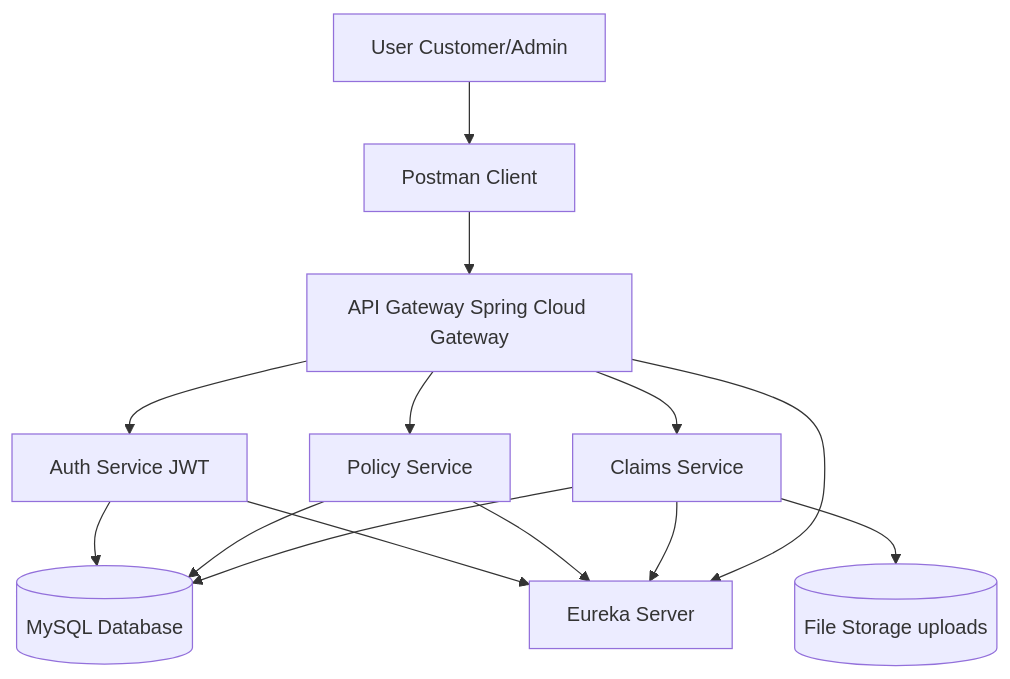
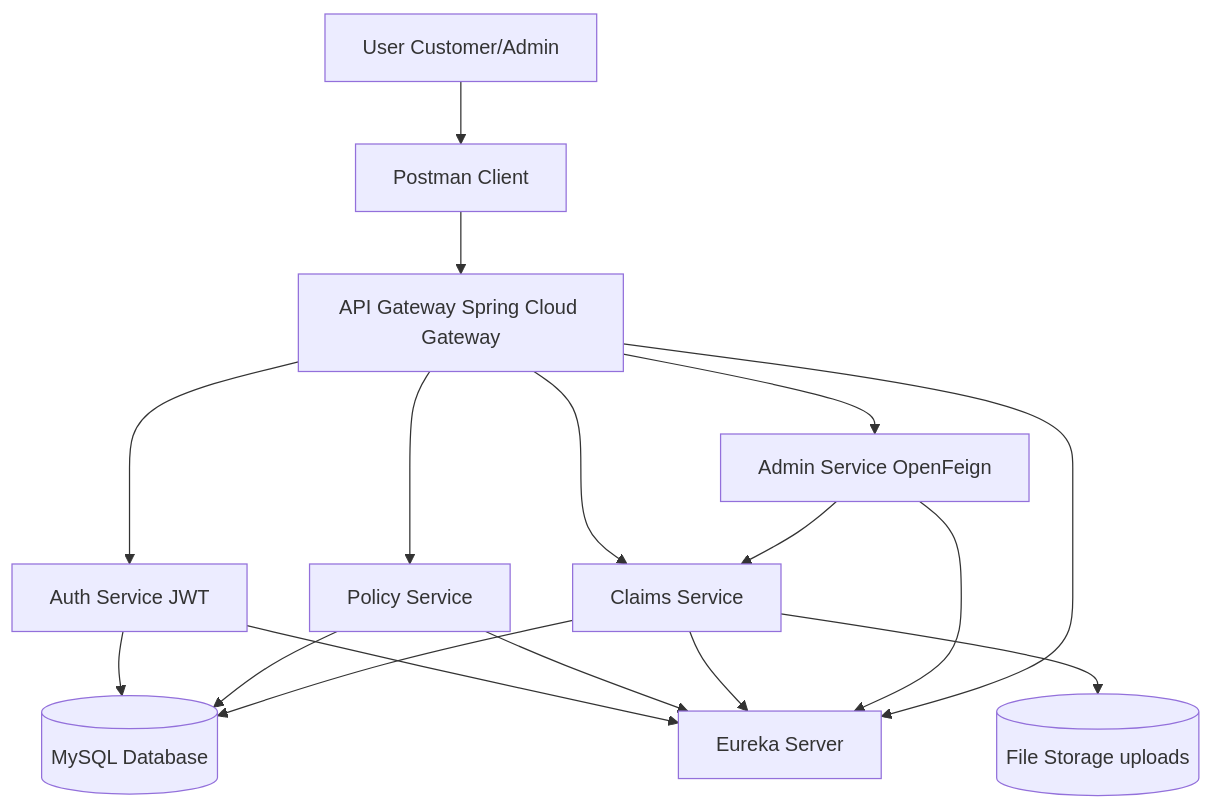
One commit to PritishSingh13/smart-sure-insurance changed the first of 4 diagrams in README.md. Above: the diagram before and after it, drawn with Mermaid. The commit also changed other lines of this file, not shown here.

````diff
--- a/README.md
+++ b/README.md
@@ -47,35 +42,40 @@
 ```mermaid
 graph TD
 
 U[User Customer/Admin]
 P[Postman Client]
 
 G[API Gateway Spring Cloud Gateway]
 
 A[Auth Service JWT]
 S[Policy Service]
 C[Claims Service]
+AD[Admin Service OpenFeign]
 
 E[Eureka Server]
 
 DB[(MySQL Database)]
 FS[(File Storage uploads)]
 
 U --> P
 P --> G
 
 G --> A
 G --> S
 G --> C
+G --> AD
+
+AD --> C
 
 A --> DB
 S --> DB
 C --> DB
 
 C --> FS
 
 A --> E
 S --> E
 C --> E
+AD --> E
 G --> E
 ```
````
